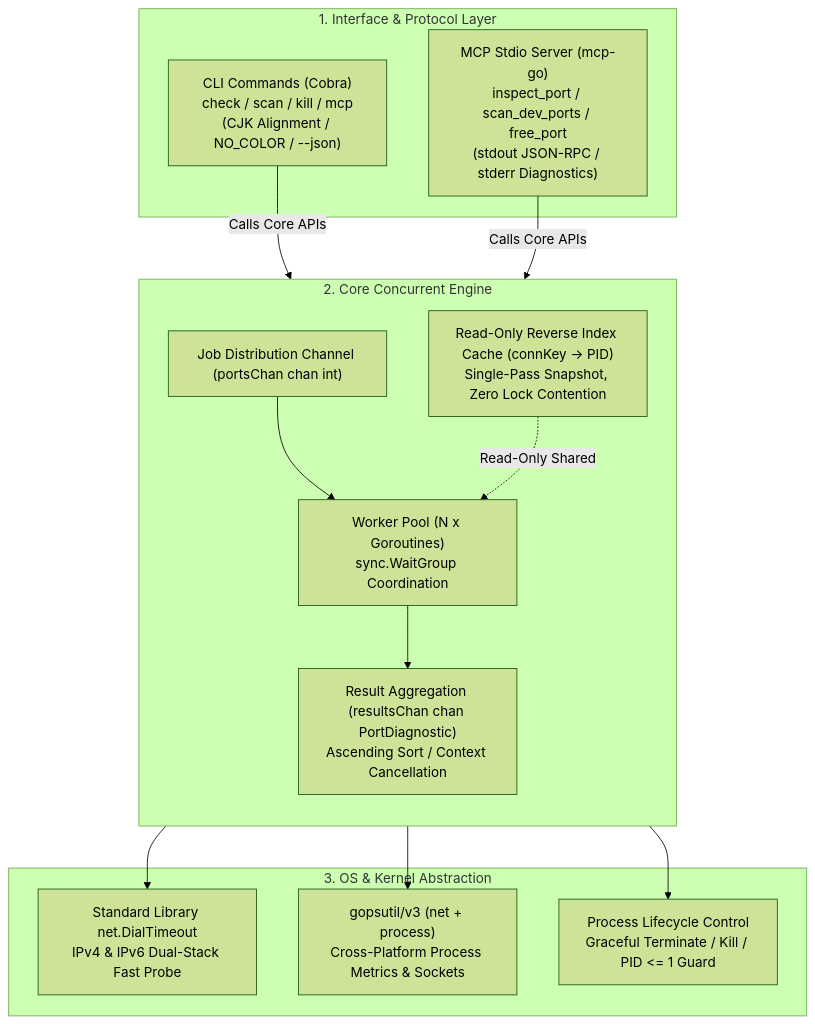
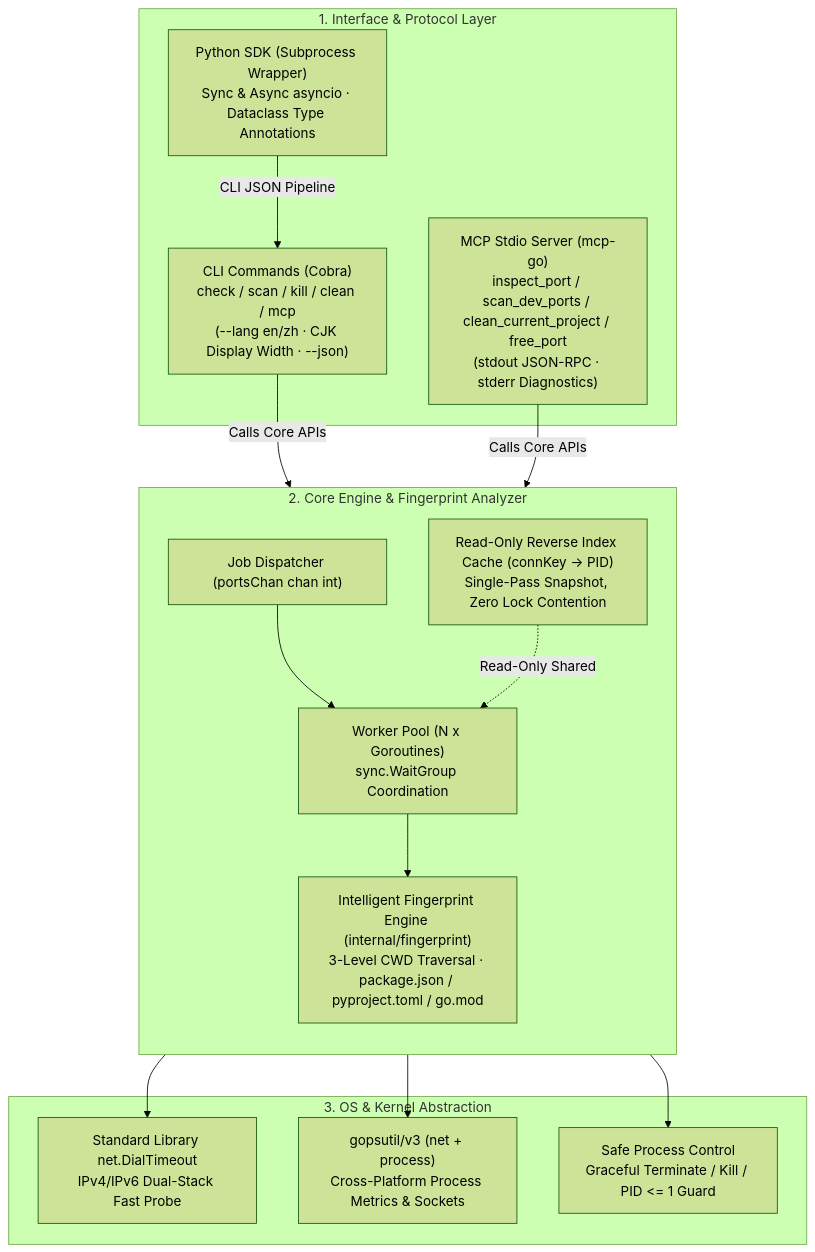
The diagram in README.md (EquityQ/port-detective), drawn with Mermaid (forest theme) before and after one commit. The commit also changed other lines of this file and 20 other files, not shown here.

Commit message:
feat: [v1.1] add fingerprint engine, project clean, bilingual CLI, MCP tools, and Python SDK

````diff
--- a/README.md
+++ b/README.md
@@ -197,32 +250,33 @@
 ```mermaid
 flowchart TD
     subgraph Layer1["1. Interface & Protocol Layer"]
-        CLI["CLI Commands (Cobra)<br/>check / scan / kill / mcp<br/>(CJK Alignment / NO_COLOR / --json)"]
-        MCP["MCP Stdio Server (mcp-go)<br/>inspect_port / scan_dev_ports / free_port<br/>(stdout JSON-RPC / stderr Diagnostics)"]
+        CLI["CLI Commands (Cobra)<br/>check / scan / kill / clean / mcp<br/>(--lang en/zh · CJK Display Width · --json)"]
+        MCP["MCP Stdio Server (mcp-go)<br/>inspect_port / scan_dev_ports / clean_current_project / free_port<br/>(stdout JSON-RPC · stderr Diagnostics)"]
+        PY["Python SDK (Subprocess Wrapper)<br/>Sync & Async asyncio · Dataclass Type Annotations"]
     end
 
-    subgraph Layer2["2. Core Concurrent Engine"]
+    subgraph Layer2["2. Core Engine & Fingerprint Analyzer"]
         direction TB
-        DISPATCH["Job Distribution Channel (portsChan chan int)"]
+        DISPATCH["Job Dispatcher (portsChan chan int)"]
         WORKERS["Worker Pool (N x Goroutines)<br/>sync.WaitGroup Coordination"]
-        COLLECT["Result Aggregation (resultsChan chan PortDiagnostic)<br/>Ascending Sort / Context Cancellation"]
+        FINGERPRINT["Intelligent Fingerprint Engine (internal/fingerprint)<br/>3-Level CWD Traversal · package.json / pyproject.toml / go.mod"]
         INDEX["Read-Only Reverse Index Cache (connKey -> PID)<br/>Single-Pass Snapshot, Zero Lock Contention"]
     end
 
     subgraph Layer3["3. OS & Kernel Abstraction"]
-        NET["Standard Library net.DialTimeout<br/>IPv4 & IPv6 Dual-Stack Fast Probe"]
+        NET["Standard Library net.DialTimeout<br/>IPv4/IPv6 Dual-Stack Fast Probe"]
         GOPSUTIL["gopsutil/v3 (net + process)<br/>Cross-Platform Process Metrics & Sockets"]
-        SIGNAL["Process Lifecycle Control<br/>Graceful Terminate / Kill / PID <= 1 Guard"]
+        SIGNAL["Safe Process Control<br/>Graceful Terminate / Kill / PID <= 1 Guard"]
     end
 
     CLI -->|Calls Core APIs| Layer2
     MCP -->|Calls Core APIs| Layer2
+    PY -->|CLI JSON Pipeline| CLI
 
     DISPATCH --> WORKERS
-    WORKERS --> COLLECT
     INDEX -.->|Read-Only Shared| WORKERS
-
+    WORKERS --> FINGERPRINT
     WORKERS --> NET
     WORKERS --> GOPSUTIL
     Layer2 --> SIGNAL
 ```
````
